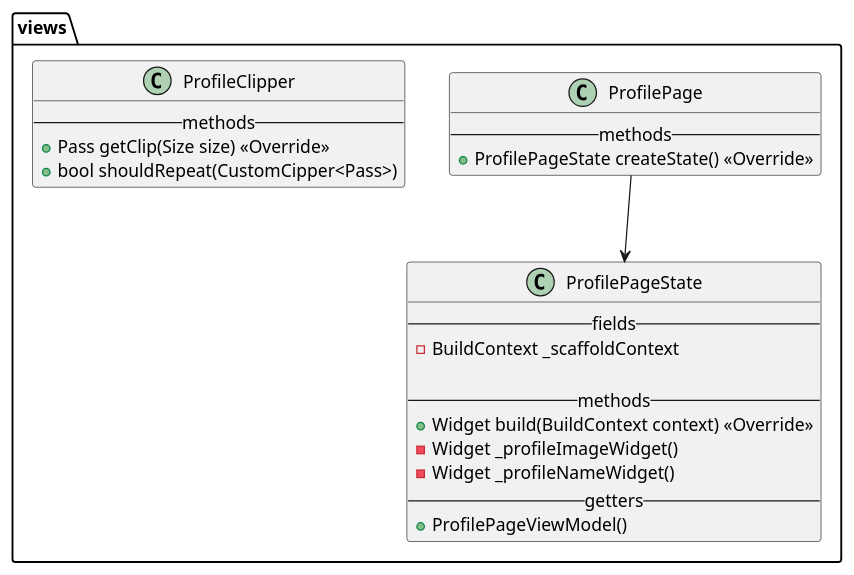
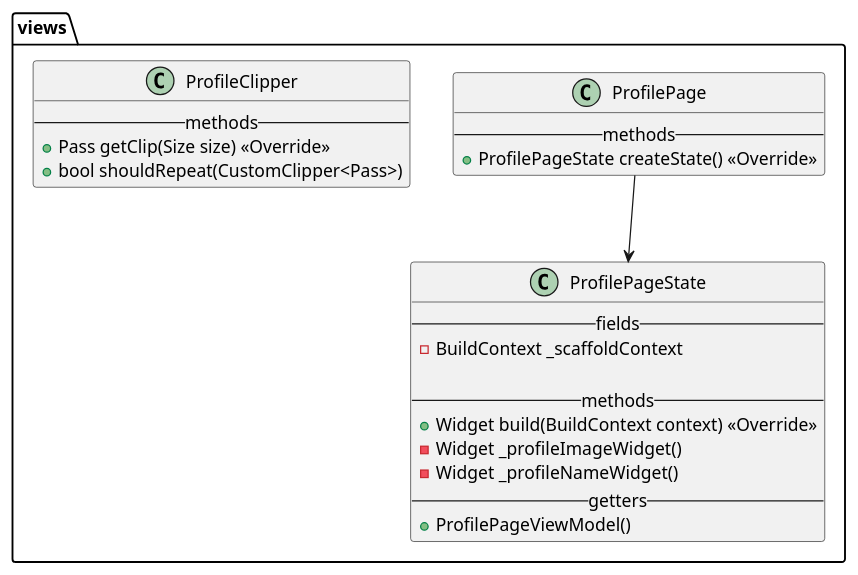
The diagram in doc/diagrams/src/ProfilePage.md (Partner-SHIP/partnership-app), drawn with PlantUML before and after one commit. The commit also changed 12 other files, not shown here.

Commit message:
PLANT UML UPDATE

````diff
--- a/doc/diagrams/src/ProfilePage.md
+++ b/doc/diagrams/src/ProfilePage.md
@@ -1,30 +1,30 @@
 ```plantuml
 @startuml ProfilePage
 
 package views {
     class   ProfilePage {
         -- methods --
         + ProfilePageState createState() <<Override>>
     }
     class   ProfilePageState {
         -- fields --
         - BuildContext _scaffoldContext
         
         -- methods --
         + Widget build(BuildContext context) <<Override>>
         - Widget _profileImageWidget()
         - Widget _profileNameWidget()
         -- getters --
         + ProfilePageViewModel()
     }
     class   ProfileClipper {
         -- methods --
         + Pass getClip(Size size) <<Override>>
-        + bool shouldRepeat(CustomCipper<Pass>)
+        + bool shouldRepeat(CustomClipper<Pass>)
     }
 }
 
 ProfilePage --> ProfilePageState
 
 @enduml
 ```
````
